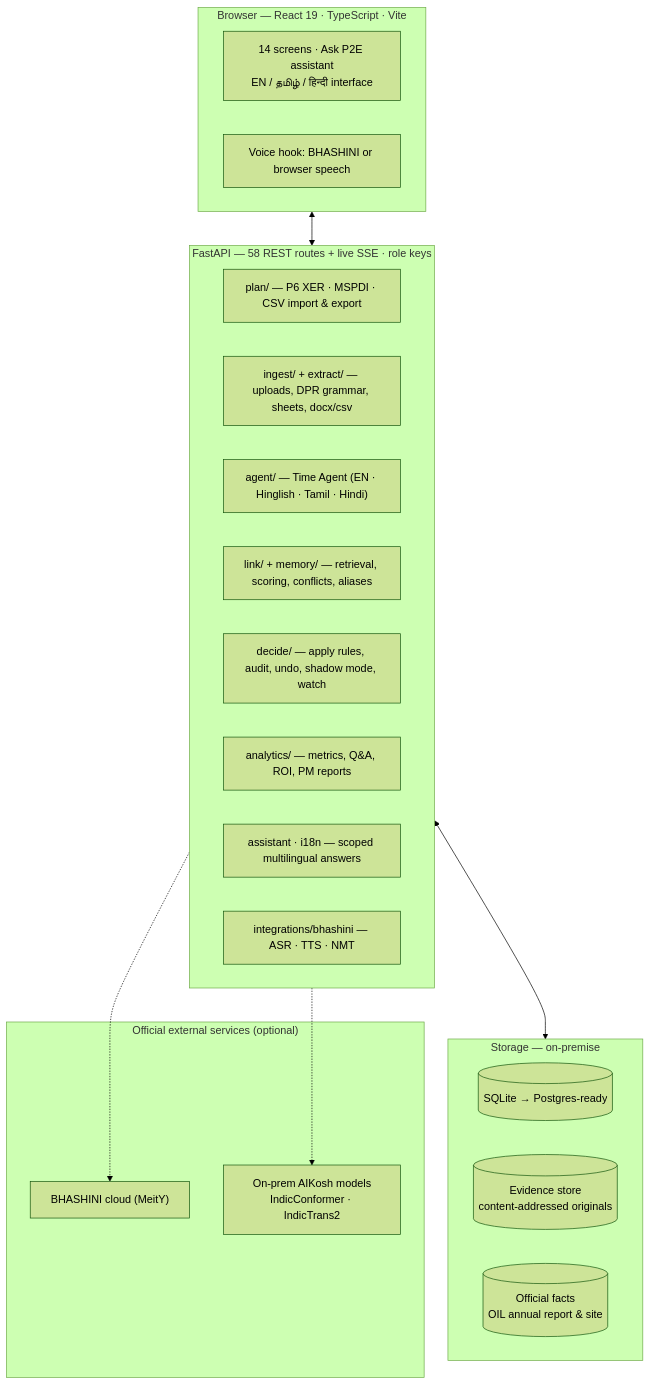
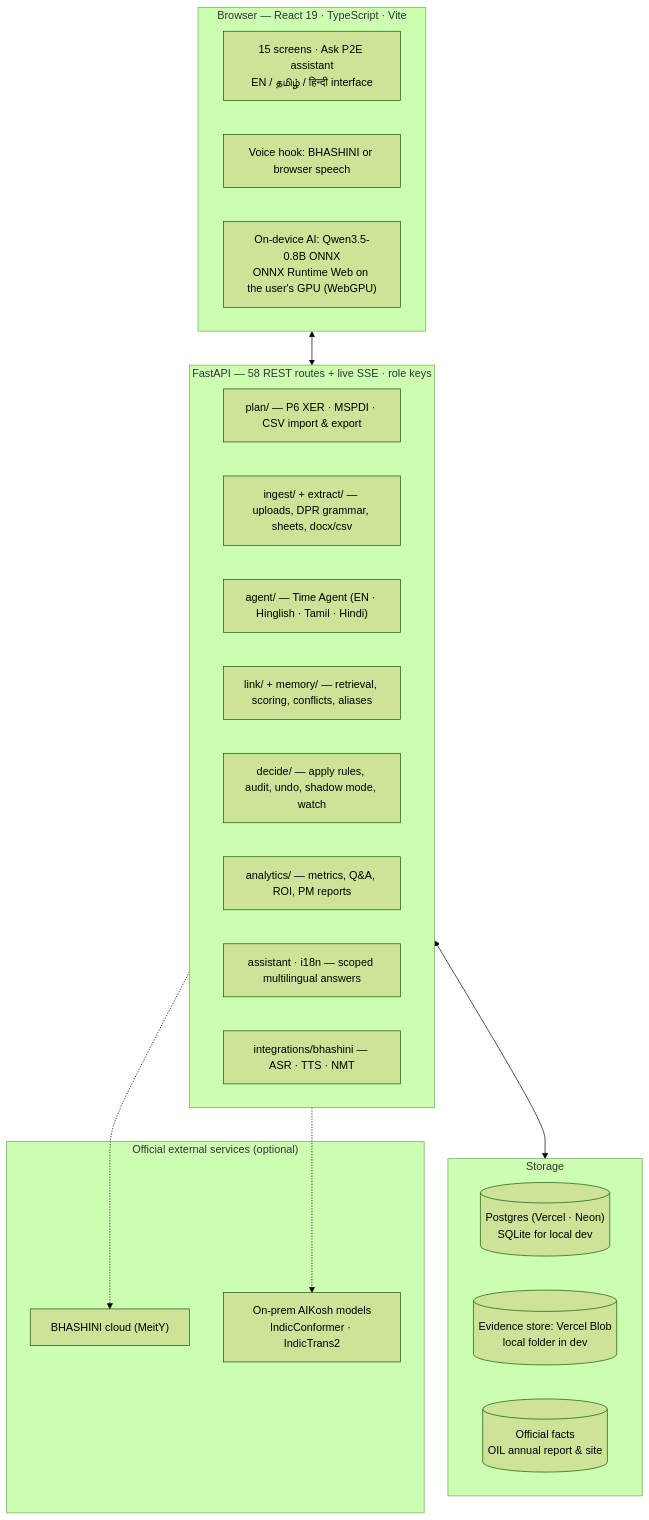
One commit to Nagatejaswini12/Intelligent-Data-Capture-Schedule-Linking-Layer-for-Infrastructure-Project-Management changed the third of 5 diagrams in README.md. Above: the diagram before and after it, drawn with Mermaid (forest theme). The commit also changed other lines of this file and 293 other files, not shown here.

First line of the commit message:
On-device AI (ONNX, WebGPU), Vercel deployment, admin access screen, richer dashboards

````diff
--- a/README.md
+++ b/README.md
@@ -95,31 +96,32 @@
 ```mermaid
 flowchart TB
     subgraph CLIENT["Browser — React 19 · TypeScript · Vite"]
-        P1["14 screens · Ask P2E assistant<br/>EN / தமிழ் / हिन्दी interface"]
+        P1["15 screens · Ask P2E assistant<br/>EN / தமிழ் / हिन्दी interface"]
         P2["Voice hook: BHASHINI or browser speech"]
+        P3["On-device AI: Qwen3.5-0.8B ONNX<br/>ONNX Runtime Web on the user's GPU (WebGPU)"]
     end
     subgraph API["FastAPI — 58 REST routes + live SSE · role keys"]
         direction LR
         R1["plan/ — P6 XER · MSPDI · CSV import & export"]
         R2["ingest/ + extract/ — uploads, DPR grammar, sheets, docx/csv"]
         R3["agent/ — Time Agent (EN · Hinglish · Tamil · Hindi)"]
         R4["link/ + memory/ — retrieval, scoring, conflicts, aliases"]
         R5["decide/ — apply rules, audit, undo, shadow mode, watch"]
         R6["analytics/ — metrics, Q&A, ROI, PM reports"]
         R7["assistant · i18n — scoped multilingual answers"]
         R8["integrations/bhashini — ASR · TTS · NMT"]
     end
-    subgraph DATA["Storage — on-premise"]
-        D1[("SQLite → Postgres-ready")]
-        D2[("Evidence store<br/>content-addressed originals")]
+    subgraph DATA["Storage"]
+        D1[("Postgres (Vercel · Neon)<br/>SQLite for local dev")]
+        D2[("Evidence store: Vercel Blob<br/>local folder in dev")]
         D3[("Official facts<br/>OIL annual report & site")]
     end
     subgraph GOV["Official external services (optional)"]
         G1["BHASHINI cloud (MeitY)"]
         G2["On-prem AIKosh models<br/>IndicConformer · IndicTrans2"]
     end
     CLIENT <--> API
     API <--> DATA
     R8 -.-> G1
     R8 -.-> G2
 ```
````
